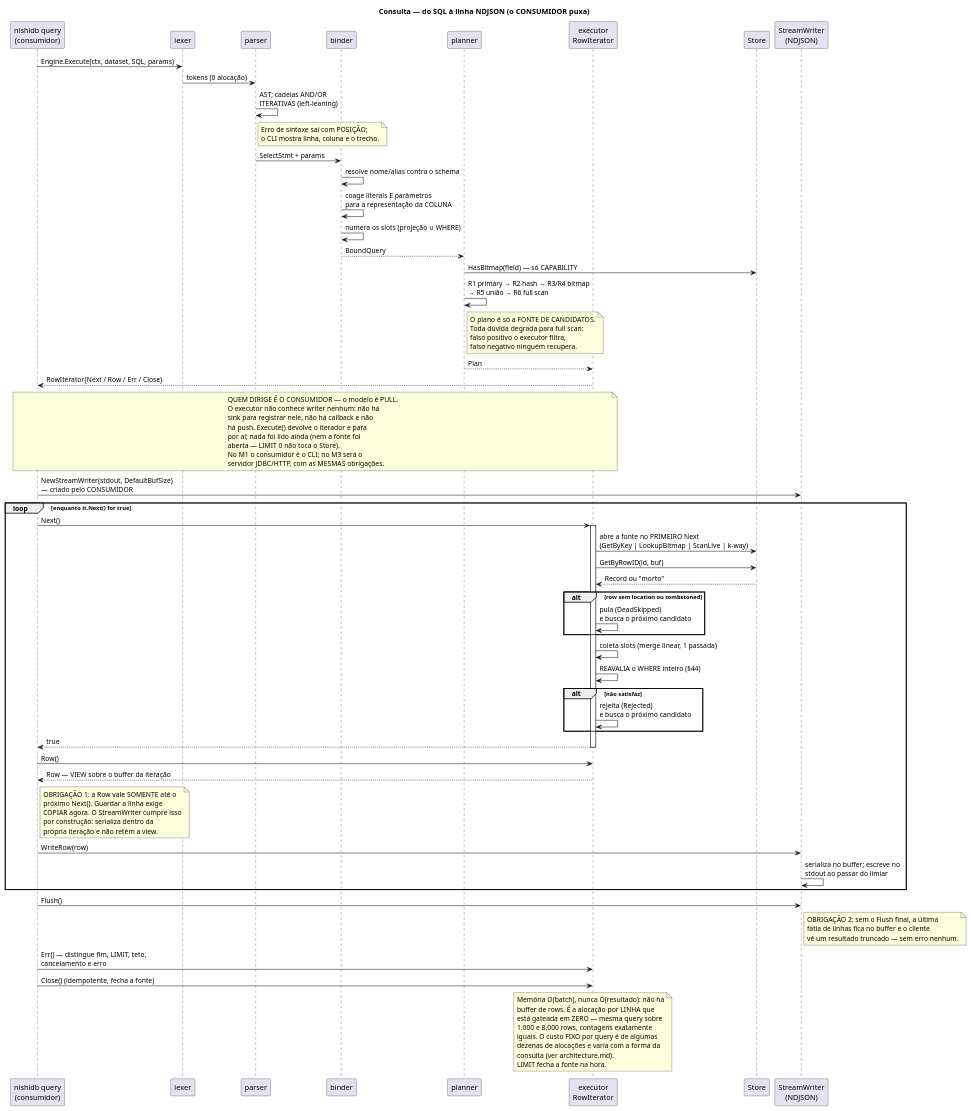
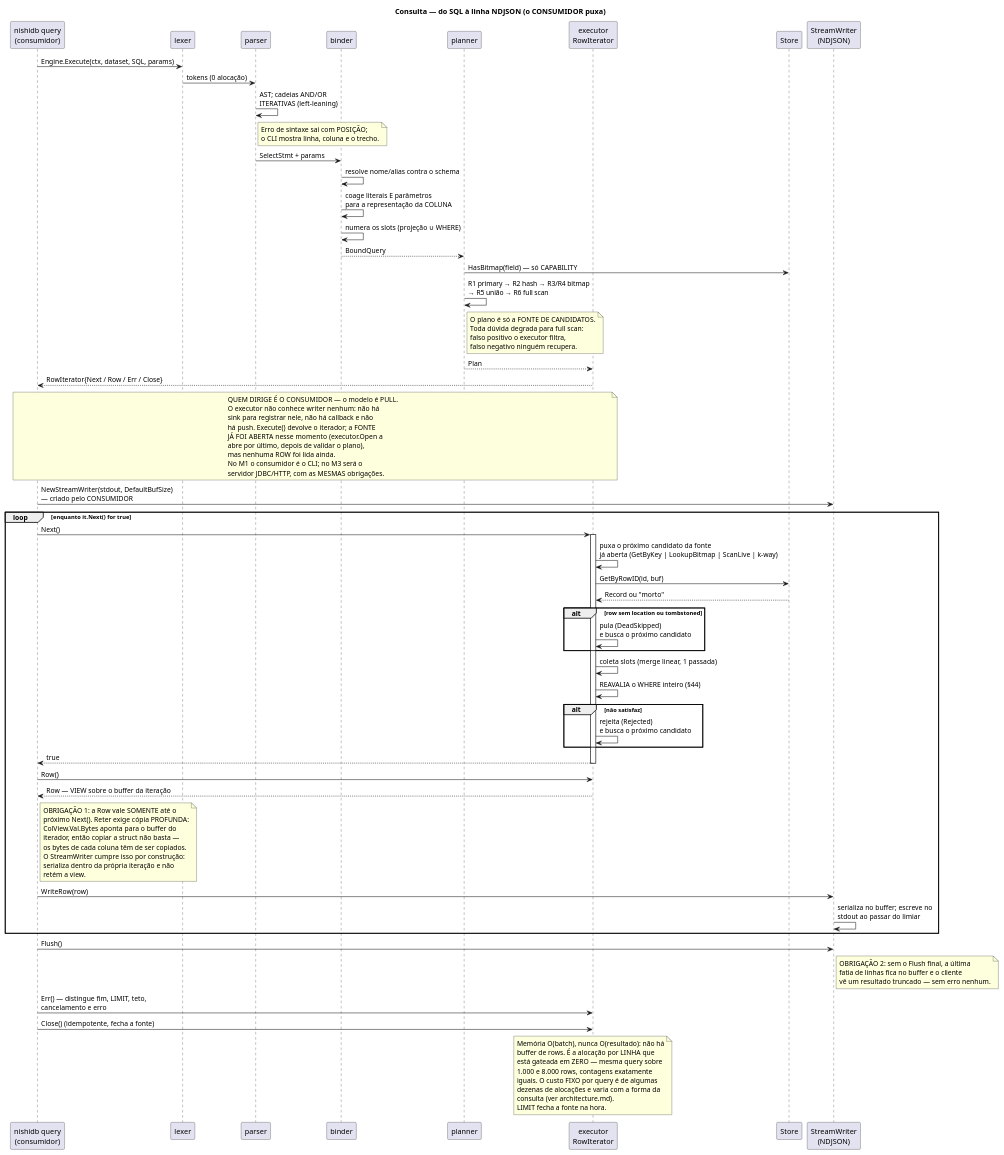
The diagram in docs/diagrams/query_flow.puml (nishisan-dev/nishidb), drawn with PlantUML before and after one commit. The commit also changed 5 other files, not shown here.

```diff
--- a/docs/diagrams/query_flow.puml
+++ b/docs/diagrams/query_flow.puml
@@ -1,101 +1,105 @@
 @startuml query_flow
 title Consulta — do SQL à linha NDJSON (o CONSUMIDOR puxa)
 
 participant "nishidb query\n(consumidor)" as cli
 participant "lexer" as lex
 participant "parser" as par
 participant "binder" as bnd
 participant "planner" as pln
 participant "executor\nRowIterator" as exe
 participant "Store" as st
 participant "StreamWriter\n(NDJSON)" as w
 
 cli -> lex : Engine.Execute(ctx, dataset, SQL, params)
 lex -> par : tokens (0 alocação)
 par -> par : AST; cadeias AND/OR\nITERATIVAS (left-leaning)
 note right of par
   Erro de sintaxe sai com POSIÇÃO;
   o CLI mostra linha, coluna e o trecho.
 end note
 
 par -> bnd : SelectStmt + params
 bnd -> bnd : resolve nome/alias contra o schema
 bnd -> bnd : coage literais E parâmetros\npara a representação da COLUNA
 bnd -> bnd : numera os slots (projeção ∪ WHERE)
 bnd --> pln : BoundQuery
 
 pln -> st : HasBitmap(field) — só CAPABILITY
 pln -> pln : R1 primary → R2 hash → R3/R4 bitmap\n→ R5 união → R6 full scan
 note right of pln
   O plano é só a FONTE DE CANDIDATOS.
   Toda dúvida degrada para full scan:
   falso positivo o executor filtra,
   falso negativo ninguém recupera.
 end note
 pln --> exe : Plan
 
 exe --> cli : RowIterator{Next / Row / Err / Close}
 note over cli, exe
   QUEM DIRIGE É O CONSUMIDOR — o modelo é PULL.
   O executor não conhece writer nenhum: não há
   sink para registrar nele, não há callback e não
-  há push. Execute() devolve o iterador e para
-  por aí; nada foi lido ainda (nem a fonte foi
-  aberta — LIMIT 0 não toca o Store).
+  há push. Execute() devolve o iterador; a FONTE
+  JÁ FOI ABERTA nesse momento (executor.Open a
+  abre por último, depois de validar o plano),
+  mas nenhuma ROW foi lida ainda.
   No M1 o consumidor é o CLI; no M3 será o
   servidor JDBC/HTTP, com as MESMAS obrigações.
 end note
 
 cli -> w : NewStreamWriter(stdout, DefaultBufSize)\n— criado pelo CONSUMIDOR
 
 loop enquanto it.Next() for true
   cli -> exe : Next()
   activate exe
-  exe -> st : abre a fonte no PRIMEIRO Next\n(GetByKey | LookupBitmap | ScanLive | k-way)
+  exe -> exe : puxa o próximo candidato da fonte\njá aberta (GetByKey | LookupBitmap | ScanLive | k-way)
   exe -> st : GetByRowID(id, buf)
   st --> exe : Record ou "morto"
   alt row sem location ou tombstoned
     exe -> exe : pula (DeadSkipped)\ne busca o próximo candidato
   end
   exe -> exe : coleta slots (merge linear, 1 passada)
   exe -> exe : REAVALIA o WHERE inteiro (§44)
   alt não satisfaz
     exe -> exe : rejeita (Rejected)\ne busca o próximo candidato
   end
   exe --> cli : true
   deactivate exe
 
   cli -> exe : Row()
   exe --> cli : Row — VIEW sobre o buffer da iteração
   note right of cli
     OBRIGAÇÃO 1: a Row vale SOMENTE até o
-    próximo Next(). Guardar a linha exige
-    COPIAR agora. O StreamWriter cumpre isso
-    por construção: serializa dentro da
-    própria iteração e não retém a view.
+    próximo Next(). Reter exige cópia PROFUNDA:
+    ColView.Val.Bytes aponta para o buffer do
+    iterador, então copiar a struct não basta —
+    os bytes de cada coluna têm de ser copiados.
+    O StreamWriter cumpre isso por construção:
+    serializa dentro da própria iteração e não
+    retém a view.
   end note
   cli -> w : WriteRow(row)
   w -> w : serializa no buffer; escreve no\nstdout ao passar do limiar
 end
 
 cli -> w : Flush()
 note right of w
   OBRIGAÇÃO 2: sem o Flush final, a última
   fatia de linhas fica no buffer e o cliente
   vê um resultado truncado — sem erro nenhum.
 end note
 
 cli -> exe : Err() — distingue fim, LIMIT, teto,\ncancelamento e erro
 cli -> exe : Close() (idempotente, fecha a fonte)
 
 note over exe
   Memória O(batch), nunca O(resultado): não há
   buffer de rows. É a alocação por LINHA que
   está gateada em ZERO — mesma query sobre
   1.000 e 8.000 rows, contagens exatamente
   iguais. O custo FIXO por query é de algumas
   dezenas de alocações e varia com a forma da
   consulta (ver architecture.md).
   LIMIT fecha a fonte na hora.
 end note
 @enduml
```
